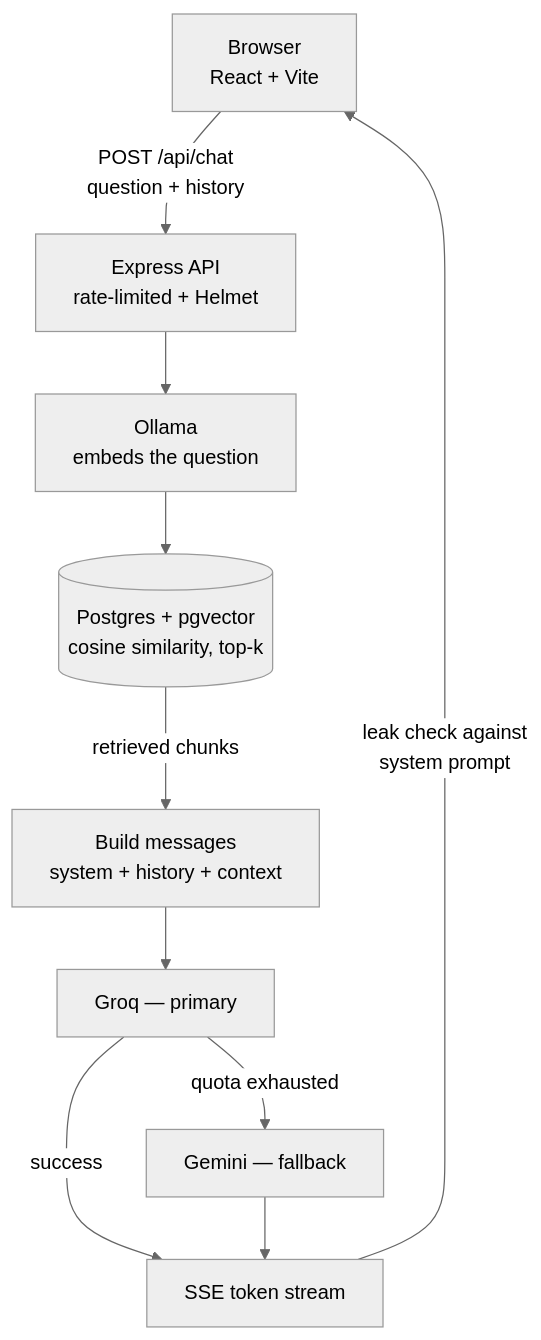
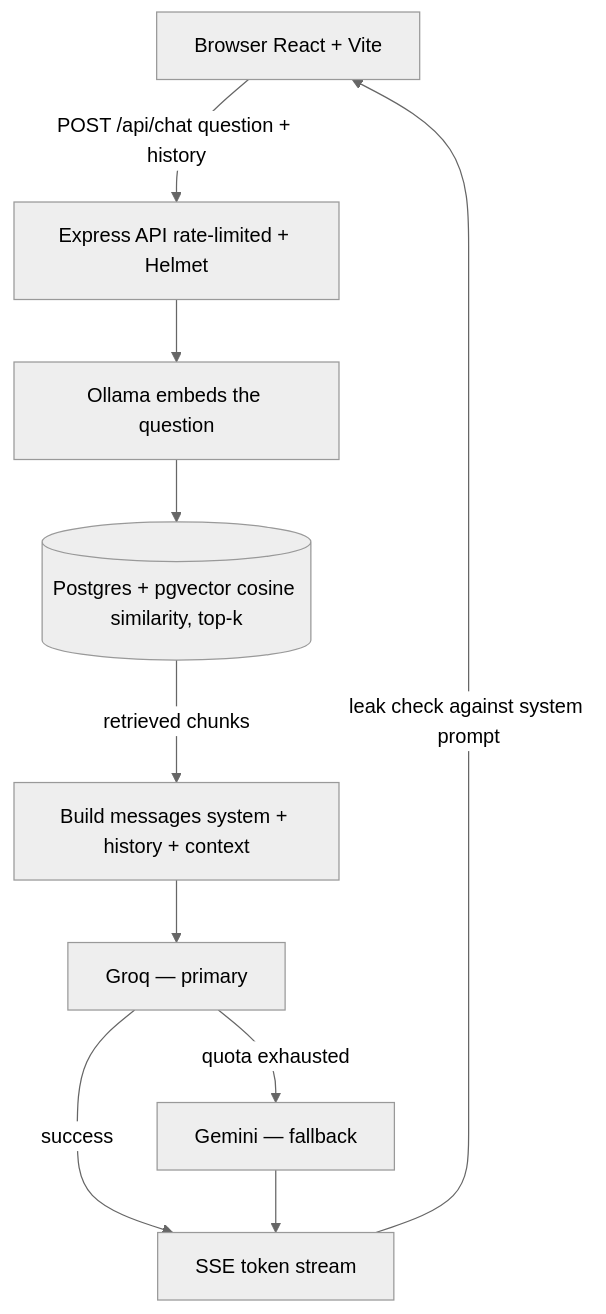
Before and after one commit to c-panagopoulos/Personal-Website: the diagram in README.md, drawn with Mermaid (neutral theme).

Commit message:
Fix mermaid diagram labels running together without spaces

````diff
--- a/README.md
+++ b/README.md
@@ -41,12 +41,12 @@
 ```mermaid
 flowchart TD
-    Browser["Browser<br/>React + Vite"] -->|"POST /api/chat<br/>question + history"| API["Express API<br/>rate-limited + Helmet"]
-    API --> Embed["Ollama<br/>embeds the question"]
-    Embed --> Retrieve[("Postgres + pgvector<br/>cosine similarity, top-k")]
-    Retrieve -->|retrieved chunks| Build["Build messages<br/>system + history + context"]
+    Browser["Browser React + Vite"] -->|"POST /api/chat question + history"| API["Express API rate-limited + Helmet"]
+    API --> Embed["Ollama embeds the question"]
+    Embed --> Retrieve[("Postgres + pgvector cosine similarity, top-k")]
+    Retrieve -->|retrieved chunks| Build["Build messages system + history + context"]
     Build --> Groq["Groq — primary"]
     Groq -->|quota exhausted| Gemini["Gemini — fallback"]
     Groq -->|success| Stream["SSE token stream"]
     Gemini --> Stream
-    Stream -->|"leak check against<br/>system prompt"| Browser
+    Stream -->|"leak check against system prompt"| Browser
 ```
````
